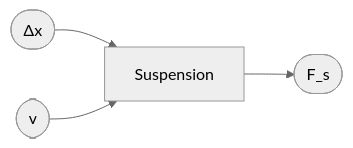
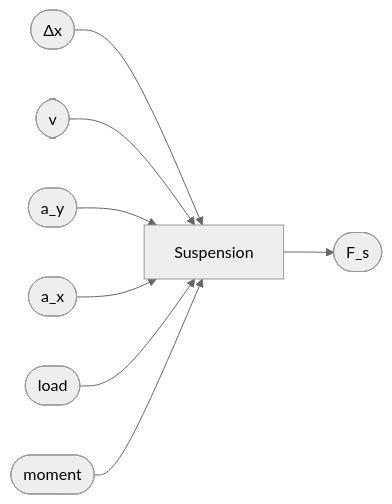
The seventh of 27 diagrams in README.md (MelkorBalrog/VDSS---Vehicle-Dynamics-Safety-Simulator), drawn with Mermaid (neutral theme) before and after one commit. The commit also changed other lines of this file, not shown here.

Commit message:
docs: clarify suspension and hitch inputs

````diff
--- a/README.md
+++ b/README.md
@@ -265,8 +267,16 @@
 ```mermaid
 flowchart LR
   dx(["Δx"])
   vel(["v"])
+  ay(["a_y"])
+  ax(["a_x"])
+  load(["load"])
+  arm(["moment"])
   dx --> Suspension
   vel --> Suspension
+  ay --> Suspension
+  ax --> Suspension
+  load --> Suspension
+  arm --> Suspension
   Suspension --> F_s(["F_s"])
 ```
````
